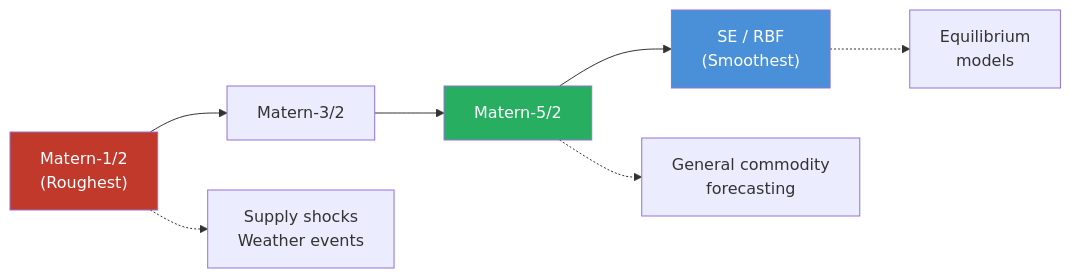
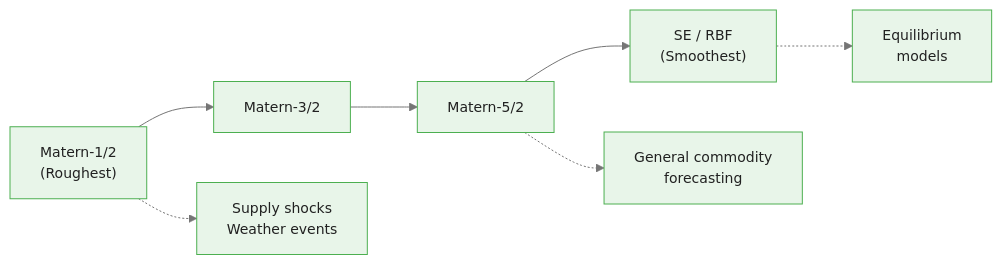
The second of 6 diagrams in courses/bayesian-commodity-forecasting/modules/module_05_gaussian_processes/guides/02_kernel_design_slides.md (m-deane/course-creator), drawn with Mermaid before and after one commit. The commit also changed other lines of this file and 104 other files, not shown here.

````diff
--- a/courses/bayesian-commodity-forecasting/modules/module_05_gaussian_processes/guides/02_kernel_design_slides.md
+++ b/courses/bayesian-commodity-forecasting/modules/module_05_gaussian_processes/guides/02_kernel_design_slides.md
@@ -173,10 +188,8 @@
 ```mermaid
+%%{init: {"theme": "base", "themeVariables": {"primaryColor": "#e8f5e9", "primaryBorderColor": "#4caf50", "primaryTextColor": "#212121", "secondaryColor": "#e3f2fd", "tertiaryColor": "#fff8e1", "lineColor": "#757575", "fontFamily": "Inter, sans-serif", "fontSize": "14px"}}}%%
 flowchart LR
     M12["Matern-1/2\n(Roughest)"] --> M32["Matern-3/2"] --> M52["Matern-5/2"] --> SE["SE / RBF\n(Smoothest)"]
     M12 -.-> U1["Supply shocks\nWeather events"]
     M52 -.-> U2["General commodity\nforecasting"]
     SE -.-> U3["Equilibrium\nmodels"]
-    style M52 fill:#27ae60,color:#fff
-    style M12 fill:#c0392b,color:#fff
-    style SE fill:#4a90d9,color:#fff
 ```
````
